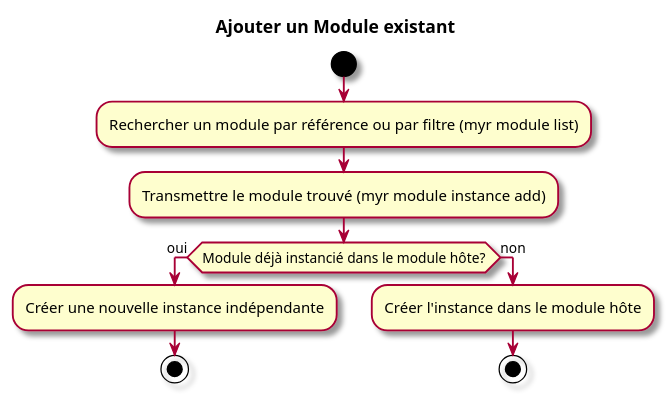
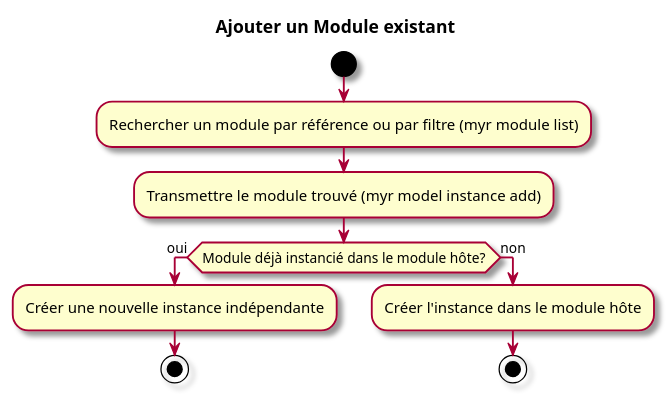
One commit to olivaux/myr changed the second of 2 diagrams in specs/1-Expression/UCMOD-Module/UCMOD02.md. Above: the diagram before and after it, drawn with PlantUML. The commit also changed other lines of this file and 72 other files, not shown here.

````diff
--- a/specs/1-Expression/UCMOD-Module/UCMOD02.md
+++ b/specs/1-Expression/UCMOD-Module/UCMOD02.md
@@ -62,16 +62,16 @@
 ```plantuml
 @startuml
 skin rose
 title Ajouter un Module existant
 start
 :Rechercher un module par référence ou par filtre (myr module list);
-:Transmettre le module trouvé (myr module instance add);
+:Transmettre le module trouvé (myr model instance add);
 if (Module déjà instancié dans le module hôte?) then (oui)
   :Créer une nouvelle instance indépendante;
   stop
 else (non)
   :Créer l'instance dans le module hôte;
   stop
 endif
 @enduml
 ```
````
